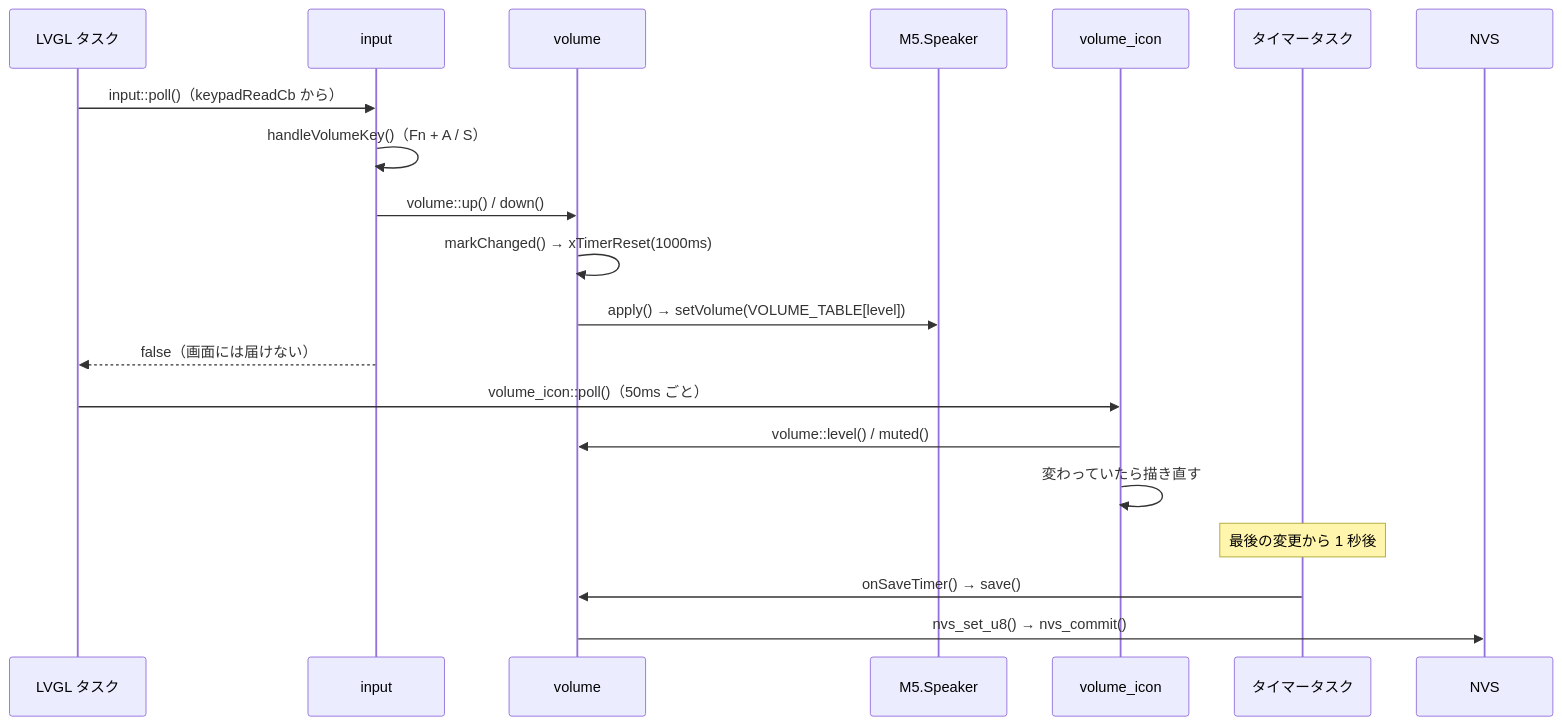
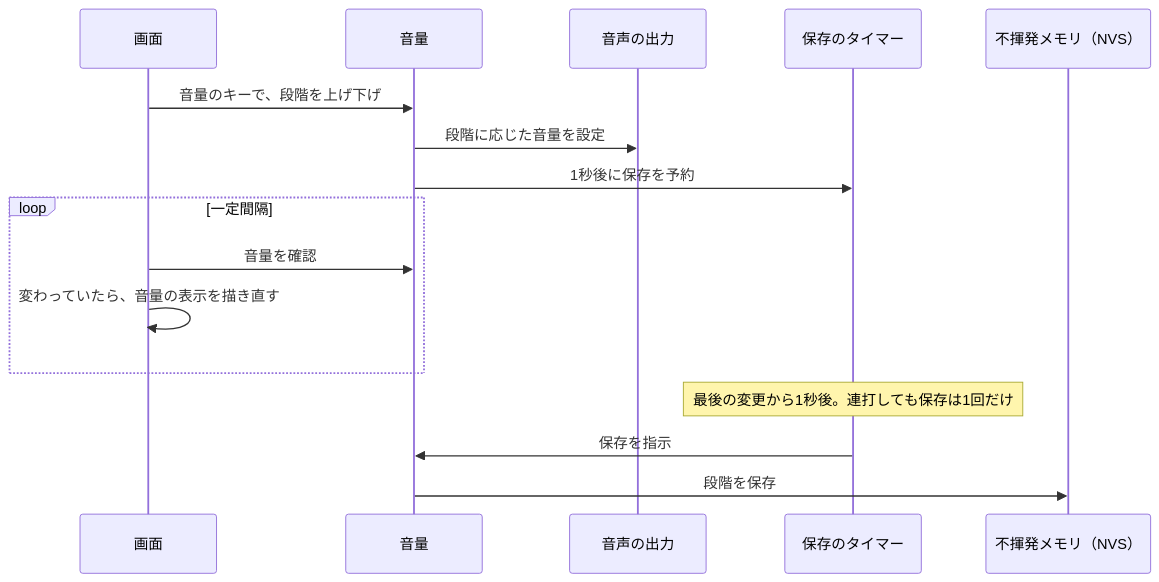
Before and after one commit to stonedev-app/pocket-deck: the fifth of 5 diagrams in docs/architecture/sequences.md, drawn with Mermaid. The commit also changed other lines of this file and 10 other files, not shown here.

First line of the commit message:
docs: sequences.md を概念の流れで描き直し、英数字前後の空白をなくす

````diff
--- a/docs/architecture/sequences.md
+++ b/docs/architecture/sequences.md
@@ -150,23 +112,19 @@
 ```mermaid
 sequenceDiagram
-    participant L as LVGL タスク
-    participant I as input
-    participant V as volume
-    participant SP as M5.Speaker
-    participant VI as volume_icon
-    participant T as タイマータスク
-    participant N as NVS
+    participant UI as 画面
+    participant V as 音量
+    participant SP as 音声の出力
+    participant T as 保存のタイマー
+    participant N as 不揮発メモリ（NVS）
 
-    L->>I: input::poll()（keypadReadCb から）
-    I->>I: handleVolumeKey()（Fn + A / S）
-    I->>V: volume::up() / down()
-    V->>V: markChanged() → xTimerReset(1000ms)
-    V->>SP: apply() → setVolume(VOLUME_TABLE[level])
-    I-->>L: false（画面には届けない）
-    L->>VI: volume_icon::poll()（50ms ごと）
-    VI->>V: volume::level() / muted()
-    VI->>VI: 変わっていたら描き直す
-    Note over T: 最後の変更から 1 秒後
-    T->>V: onSaveTimer() → save()
-    V->>N: nvs_set_u8() → nvs_commit()
+    UI->>V: 音量のキーで、段階を上げ下げ
+    V->>SP: 段階に応じた音量を設定
+    V->>T: 1秒後に保存を予約
+    loop 一定間隔
+        UI->>V: 音量を確認
+        UI->>UI: 変わっていたら、音量の表示を描き直す
+    end
+    Note over T: 最後の変更から1秒後。連打しても保存は1回だけ
+    T->>V: 保存を指示
+    V->>N: 段階を保存
 ```
````
